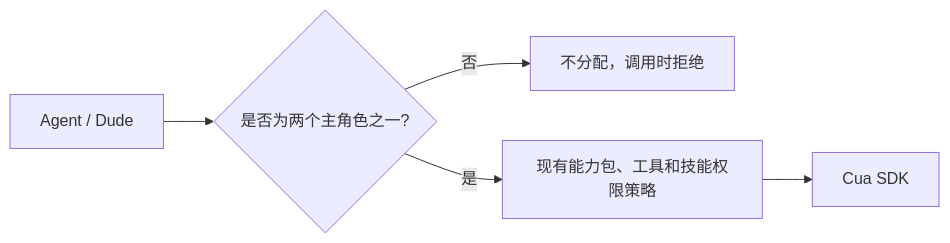
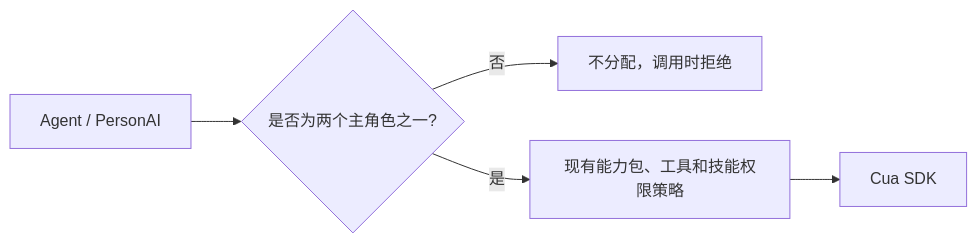
One commit to Penglai-Link/Tron-Harness changed the second of 2 diagrams in capability-packs/computer-use/README.md. Above: the diagram before and after it, drawn with Mermaid. The commit also changed other lines of this file and 236 other files, not shown here.

First line of the commit message:
refactor(brand): rename Dude to PersonAI and 好兄弟 to 个人助手

````diff
--- a/capability-packs/computer-use/README.md
+++ b/capability-packs/computer-use/README.md
@@ -99,7 +99,7 @@
 ```mermaid
 flowchart LR
-    Caller[Agent / Dude] --> Role{是否为两个主角色之一?}
+    Caller[Agent / PersonAI] --> Role{是否为两个主角色之一?}
     Role -->|否| Deny[不分配，调用时拒绝]
     Role -->|是| Policy[现有能力包、工具和技能权限策略]
     Policy --> SDK[Cua SDK]
 ```
````
